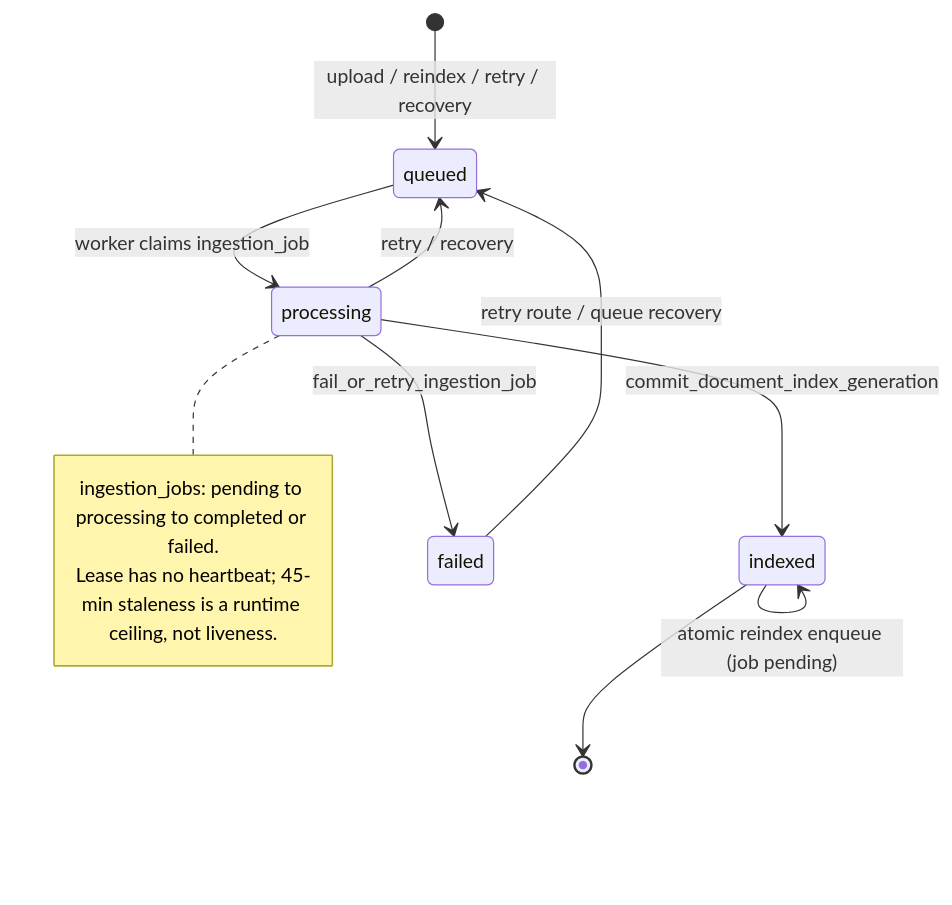
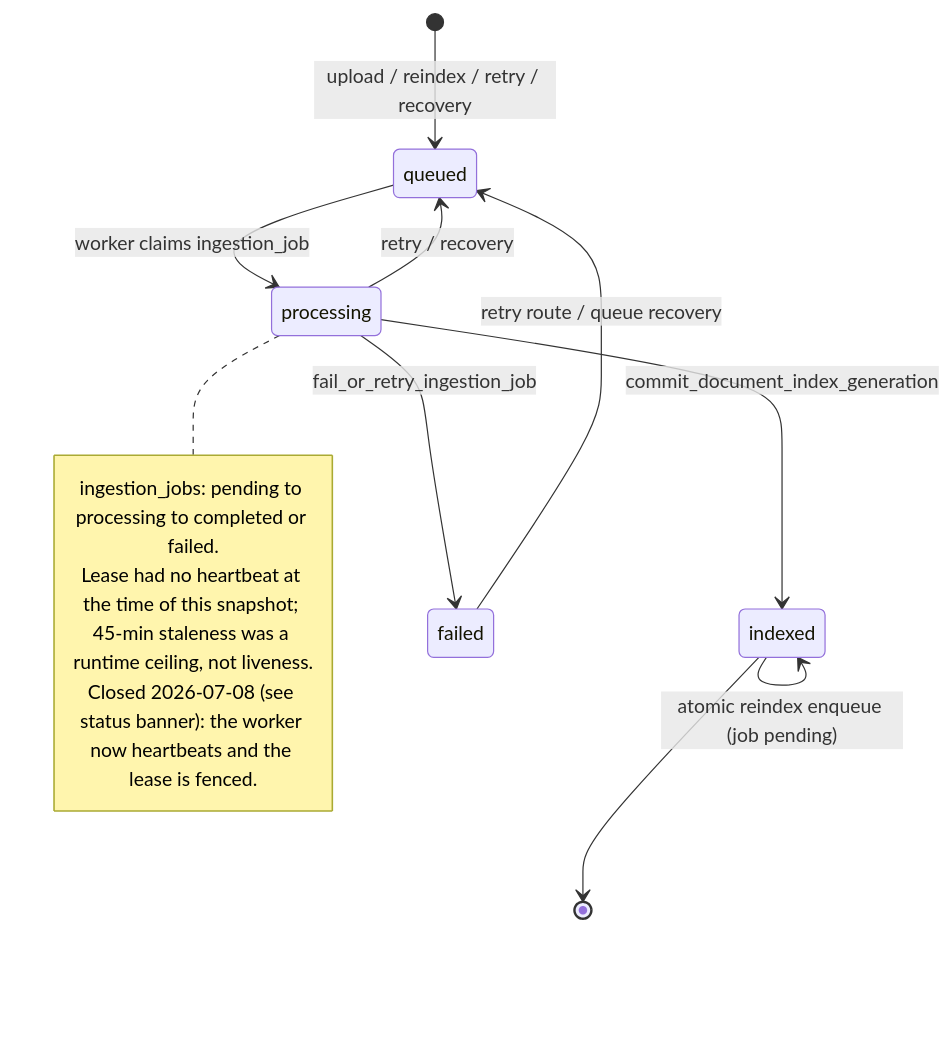
The diagram in docs/ingestion-state-machine.md (BigSimmo/Database), drawn with Mermaid before and after one commit. The commit also changed other lines of this file and 16 other files, not shown here.

````diff
--- a/docs/ingestion-state-machine.md
+++ b/docs/ingestion-state-machine.md
@@ -29,16 +43,17 @@
 ```mermaid
 stateDiagram-v2
     [*] --> queued: upload / reindex / retry / recovery
     queued --> processing: worker claims ingestion_job
     processing --> indexed: commit_document_index_generation
     processing --> failed: fail_or_retry_ingestion_job
     processing --> queued: retry / recovery
     failed --> queued: retry route / queue recovery
     indexed --> indexed: atomic reindex enqueue (job pending)
     indexed --> [*]
 
     note right of processing
         ingestion_jobs: pending to processing to completed or failed.
-        Lease has no heartbeat; 45-min staleness is a runtime ceiling, not liveness.
+        Lease had no heartbeat at the time of this snapshot; 45-min staleness was a runtime ceiling, not liveness.
+        Closed 2026-07-08 (see status banner): the worker now heartbeats and the lease is fenced.
     end note
 ```
````
